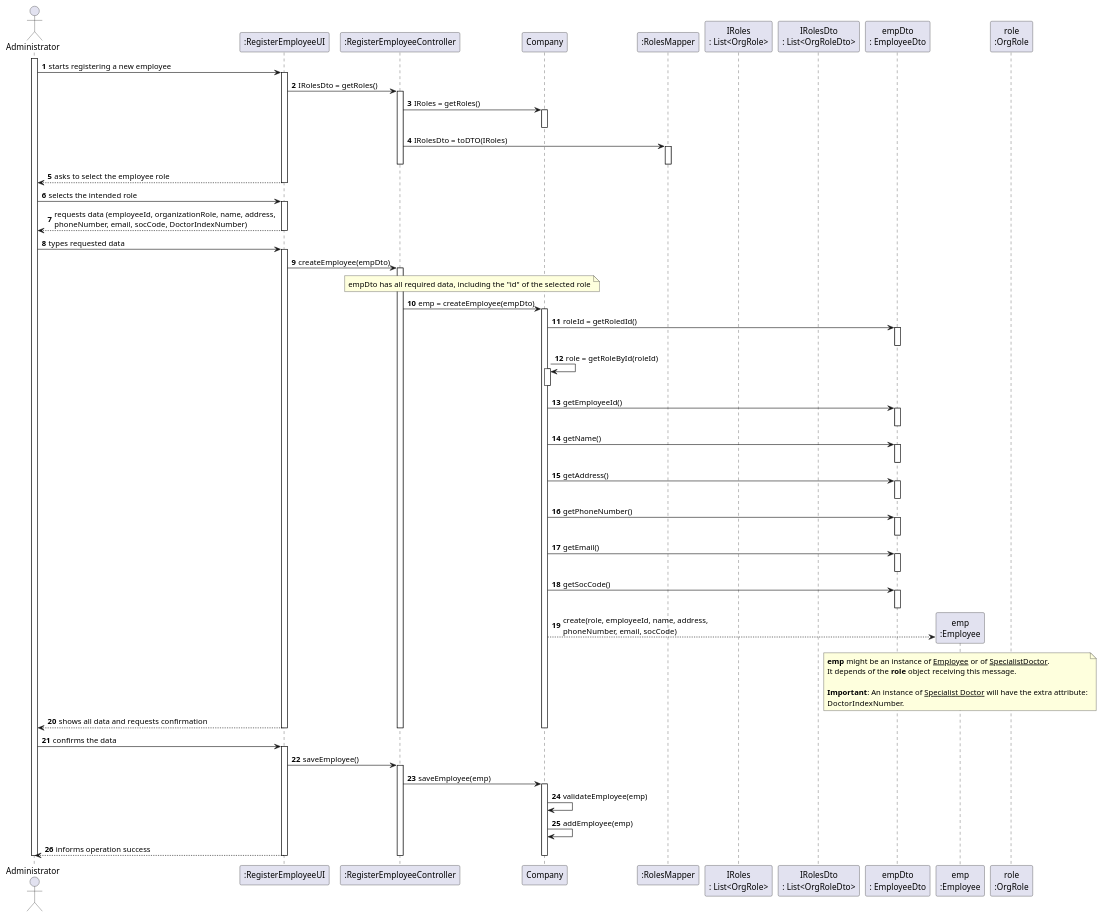
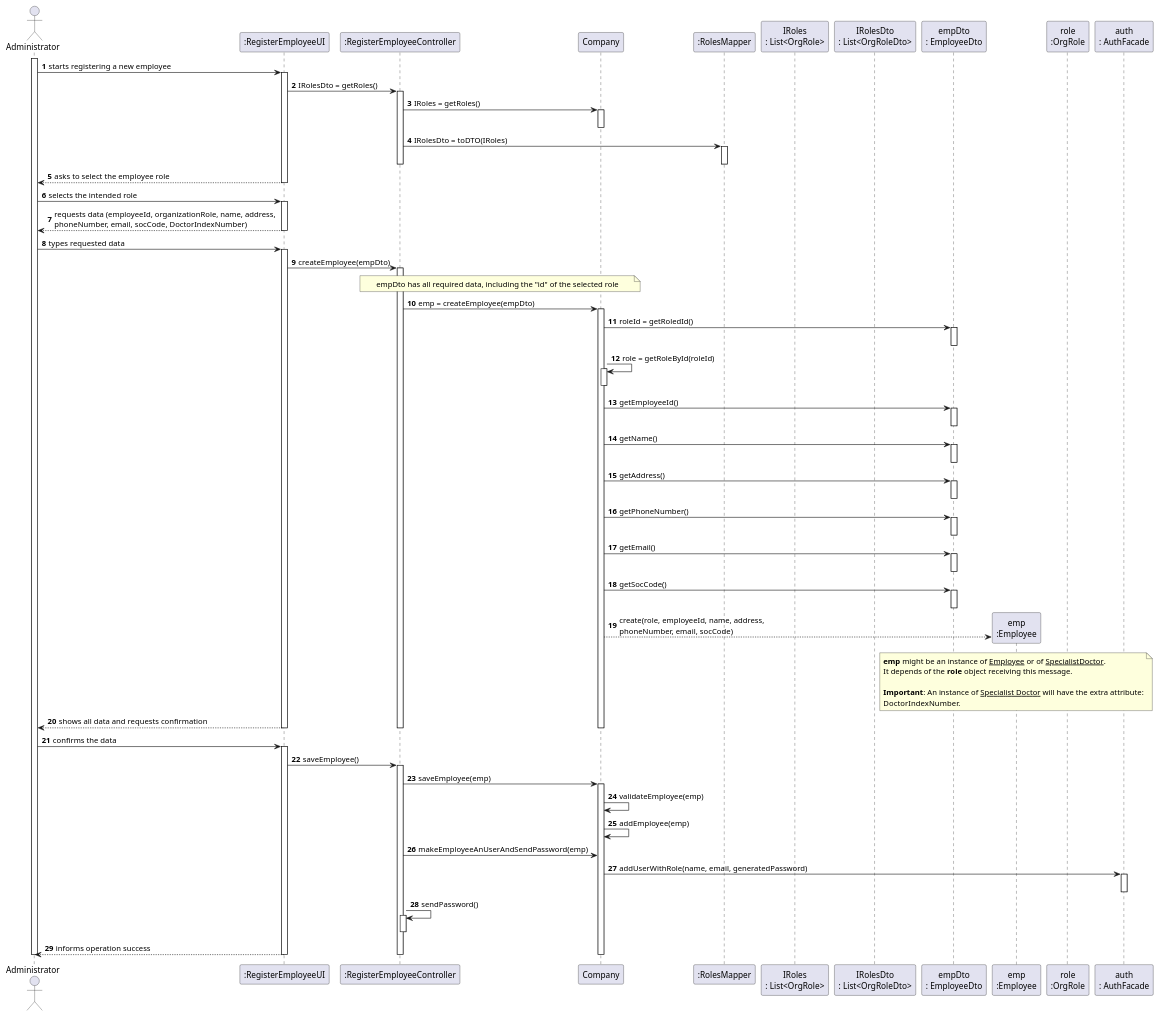
Before and after one commit to ana-albergaria/LAPR2-ISEP: the diagram in docs/SprintB/US_7/US7_SDwithDTO.puml, drawn with PlantUML. The commit also changed 5 other files, not shown here.

```diff
--- a/docs/SprintB/US_7/US7_SDwithDTO.puml
+++ b/docs/SprintB/US_7/US7_SDwithDTO.puml
@@ -1,174 +1,184 @@
 @startuml
 autonumber
 'hide footbox
 actor "Administrator" as ADM
 
 participant ":RegisterEmployeeUI" as UI
 participant ":RegisterEmployeeController" as CTRL
 /'participant "ApplicationPOT" as _APP
 participant "app\n:ApplicationPOT" as APP
 participant "session\n:UserSession" as SESSAO'/
 /'participant ":Platform" as PLAT'/
 participant "Company" as ORG
 participant ":RolesMapper" as ROLES_MAPPER
 participant "IRoles\n: List<OrgRole>" as LIST_ORG_ROLE
 participant "IRolesDto\n: List<OrgRoleDto>" as LIST_ORGROLE_DTO
 participant "empDto\n: EmployeeDto" as EMP_DTO
 /'participant "emp\n:Receptionist" as RECEPTIONIST
 participant "emp\n:Doctor" as DOCTOR'/
 participant "emp\n:Employee" as EMPLOYEE
 participant "role\n:OrgRole"
+participant "auth\n: AuthFacade" as AUTH
 /'participant "cat\n:Category" as CAT
 participant "lc\n:List<Category>" as LIST_CAT'/
 
 activate ADM
 ADM -> UI : starts registering a new employee
 activate UI
 
 UI -> CTRL : IRolesDto = getRoles()
 activate CTRL
 
 CTRL -> ORG : IRoles = getRoles()
 activate ORG
 deactivate ORG
 
 CTRL -> ROLES_MAPPER : IRolesDto = toDTO(IRoles)
 activate ROLES_MAPPER
 deactivate ROLES_MAPPER
 
 deactivate CTRL
 
 UI --> ADM : asks to select the employee role
 deactivate UI
 
 ADM -> UI : selects the intended role
 activate UI
 
 /'UI -> CTRL : lc=getTaskCategories()
 activate CTRL'/
 
 /'CTRL -> PLAT : lc=getTaskCategories()
 activate PLAT
 |||
 deactivate PLAT
 deactivate CTRL'/
 
 UI --> ADM : requests data (employeeId, organizationRole, name, address, \nphoneNumber, email, socCode, DoctorIndexNumber)
 /'deactivate PLAT'/
 deactivate UI
 
 ADM -> UI : types requested data
 activate UI
 
 UI -> CTRL : createEmployee(empDto)
 activate CTRL
 
 /'
 CTRL -> PLAT : cat=getCategoryById(categoryId)
 activate PLAT
 |||
 deactivate PLAT'/
 /'
 CTRL -> _APP: app = getInstance()
 activate _APP
 |||
 deactivate _APP
 
 CTRL -> APP: session = getCurrentSession()
 activate APP
 |||
 deactivate APP
 
 CTRL -> SESSAO: email = getUserEmail()
 activate SESSAO
 |||
 deactivate SESSAO
 
 CTRL -> PLAT: org = getOrganizationByUserEmail(email)
 activate PLAT
 |||
 deactivate PLAT'/
 
 note over CTRL, ORG
 empDto has all required data, including the "id" of the selected role
 end note
 CTRL -> ORG: emp = createEmployee(empDto)
 activate ORG
 
 ORG -> EMP_DTO : roleId = getRoledId()
 activate EMP_DTO
 deactivate EMP_DTO
 
 ORG -> ORG : role = getRoleById(roleId)
 activate ORG
 deactivate ORG
 
 ORG -> EMP_DTO : getEmployeeId()
 activate EMP_DTO
 deactivate EMP_DTO
 
 ORG -> EMP_DTO : getName()
 activate EMP_DTO
 deactivate EMP_DTO
 
 ORG -> EMP_DTO : getAddress()
 activate EMP_DTO
 deactivate EMP_DTO
 
 ORG -> EMP_DTO : getPhoneNumber()
 activate EMP_DTO
 deactivate EMP_DTO
 
 ORG -> EMP_DTO : getEmail()
 activate EMP_DTO
 deactivate EMP_DTO
 
 ORG -> EMP_DTO : getSocCode()
 activate EMP_DTO
 deactivate EMP_DTO
 
 
 ORG --> EMPLOYEE**: create(role, employeeId, name, address, \nphoneNumber, email, socCode)
 /'ORG -> ORG: validateTask(task)'/
 note over EMPLOYEE
 **emp** might be an instance of __Employee__ or of __SpecialistDoctor__.
 It depends of the **role** object receiving this message.
 
 **Important**: An instance of __Specialist Doctor__ will have the extra attribute:
 DoctorIndexNumber.
 end note
 
 note over ORG
 end note
 
 /'PODIA COMENTAR'/
 /'CTRL --> UI: result'/
 
 UI --> ADM: shows all data and requests confirmation
 deactivate ORG
 /'deactivate PLAT'/
 deactivate CTRL
 deactivate UI
 
 ADM -> UI : confirms the data
 activate UI
 UI -> CTRL : saveEmployee()
 activate CTRL
 
 CTRL -> ORG : saveEmployee(emp)
 activate ORG
 
 ORG -> ORG: validateEmployee(emp)
 ORG -> ORG: addEmployee(emp)
 
+CTRL -> ORG : makeEmployeeAnUserAndSendPassword(emp)
+ORG -> AUTH: addUserWithRole(name, email, generatedPassword)
+activate AUTH
+deactivate AUTH
+
+CTRL -> CTRL : sendPassword()
+activate CTRL
+deactivate CTRL
+
 /'PODIA COMENTAR'/
 /'CTRL --> UI: result'/
 
 UI --> ADM : informs operation success
 deactivate ORG
 deactivate CTRL
 deactivate UI
 
 deactivate ADM
 
 @enduml
```
